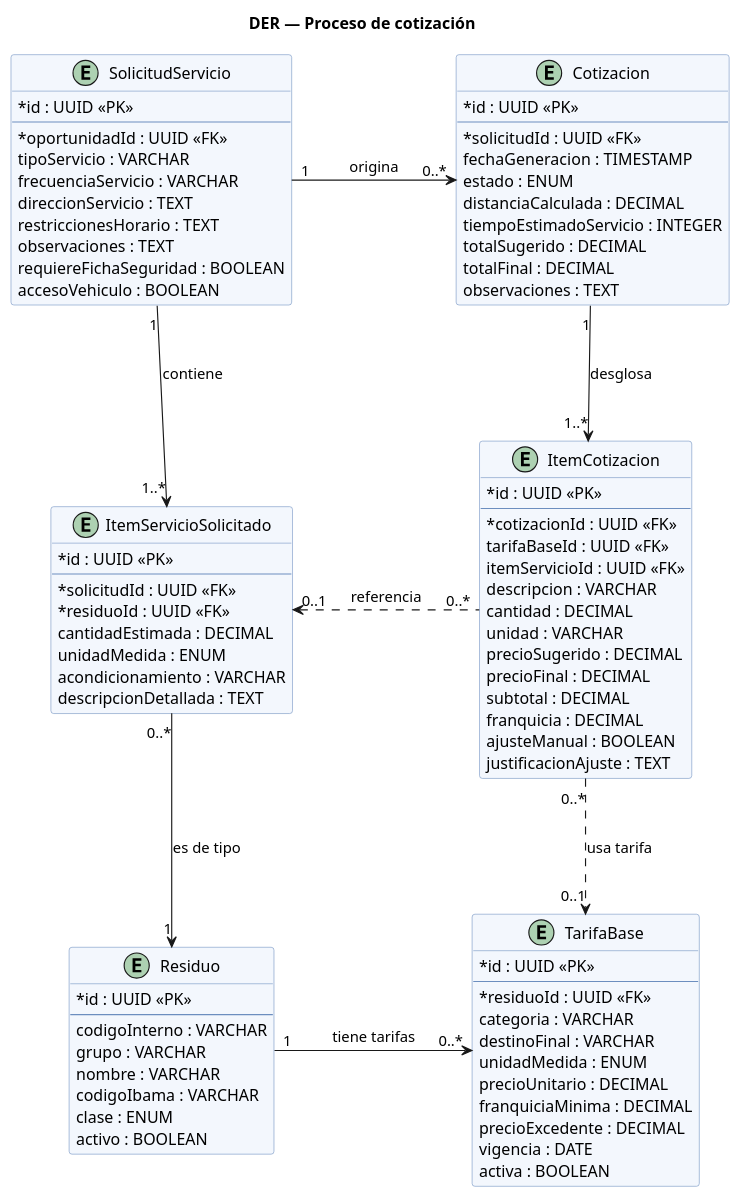
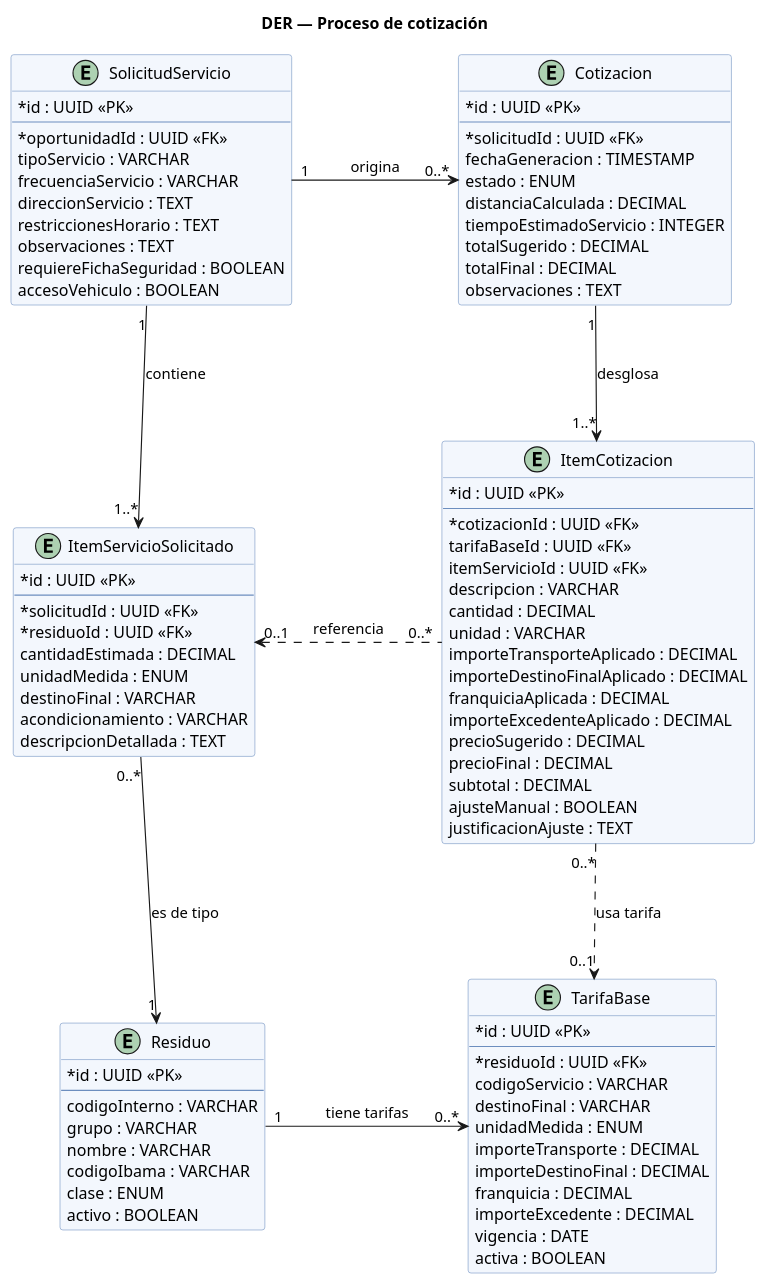
One commit to BrendaLopes/TFG-CRM-BROOKS changed the diagram in docs/analisis-diseno/3.6-modelo-datos/DER-cotizacion.puml. Above: the diagram before and after it, drawn with PlantUML. The commit also changed 17 other files, not shown here.

Commit message:
ultimas correciones diagramas arquitectura

```diff
--- a/docs/analisis-diseno/3.6-modelo-datos/DER-cotizacion.puml
+++ b/docs/analisis-diseno/3.6-modelo-datos/DER-cotizacion.puml
@@ -1,104 +1,109 @@
 @startuml
 title DER — Proceso de cotización
 
 skinparam classAttributeIconSize 0
 skinparam shadowing false
 skinparam nodesep 100
 skinparam ranksep 100
 
 skinparam class {
   BackgroundColor #F3F7FD
   BorderColor #6C8EBF
 }
 
 entity SolicitudServicio {
   * id : UUID <<PK>>
   --
   * oportunidadId : UUID <<FK>>
   tipoServicio : VARCHAR
   frecuenciaServicio : VARCHAR
   direccionServicio : TEXT
   restriccionesHorario : TEXT
   observaciones : TEXT
   requiereFichaSeguridad : BOOLEAN
   accesoVehiculo : BOOLEAN
 }
 
 entity Cotizacion {
   * id : UUID <<PK>>
   --
   * solicitudId : UUID <<FK>>
   fechaGeneracion : TIMESTAMP
   estado : ENUM
   distanciaCalculada : DECIMAL
   tiempoEstimadoServicio : INTEGER
   totalSugerido : DECIMAL
   totalFinal : DECIMAL
   observaciones : TEXT
 }
 
+entity ItemServicioSolicitado {
+  * id : UUID <<PK>>
+  --
+  * solicitudId : UUID <<FK>>
+  * residuoId : UUID <<FK>>
+  cantidadEstimada : DECIMAL
+  unidadMedida : ENUM
+  destinoFinal : VARCHAR
+  acondicionamiento : VARCHAR
+  descripcionDetallada : TEXT
+}
+
 entity ItemCotizacion {
   * id : UUID <<PK>>
   --
   * cotizacionId : UUID <<FK>>
   tarifaBaseId : UUID <<FK>>
   itemServicioId : UUID <<FK>>
   descripcion : VARCHAR
   cantidad : DECIMAL
   unidad : VARCHAR
+  importeTransporteAplicado : DECIMAL
+  importeDestinoFinalAplicado : DECIMAL
+  franquiciaAplicada : DECIMAL
+  importeExcedenteAplicado : DECIMAL
   precioSugerido : DECIMAL
   precioFinal : DECIMAL
   subtotal : DECIMAL
-  franquicia : DECIMAL
   ajusteManual : BOOLEAN
   justificacionAjuste : TEXT
-}
-
-entity ItemServicioSolicitado {
-  * id : UUID <<PK>>
-  --
-  * solicitudId : UUID <<FK>>
-  * residuoId : UUID <<FK>>
-  cantidadEstimada : DECIMAL
-  unidadMedida : ENUM
-  acondicionamiento : VARCHAR
-  descripcionDetallada : TEXT
 }
 
 entity Residuo {
   * id : UUID <<PK>>
   --
   codigoInterno : VARCHAR
   grupo : VARCHAR
   nombre : VARCHAR
   codigoIbama : VARCHAR
   clase : ENUM
   activo : BOOLEAN
 }
 
 entity TarifaBase {
   * id : UUID <<PK>>
   --
   * residuoId : UUID <<FK>>
-  categoria : VARCHAR
+  codigoServicio : VARCHAR
   destinoFinal : VARCHAR
   unidadMedida : ENUM
-  precioUnitario : DECIMAL
-  franquiciaMinima : DECIMAL
-  precioExcedente : DECIMAL
+  importeTransporte : DECIMAL
+  importeDestinoFinal : DECIMAL
+  franquicia : DECIMAL
+  importeExcedente : DECIMAL
   vigencia : DATE
   activa : BOOLEAN
 }
 
 SolicitudServicio "1" -right-> "0..*" Cotizacion : origina
 SolicitudServicio "1" -down-> "1..*" ItemServicioSolicitado : contiene
 
 Cotizacion "1" -down-> "1..*" ItemCotizacion : desglosa
 
 ItemCotizacion "0..*" .left.> "0..1" ItemServicioSolicitado : referencia
 ItemCotizacion "0..*" .down.> "0..1" TarifaBase : usa tarifa
 
 ItemServicioSolicitado "0..*" -down-> "1" Residuo : es de tipo
 Residuo "1" -right-> "0..*" TarifaBase : tiene tarifas
 
 @enduml
```
